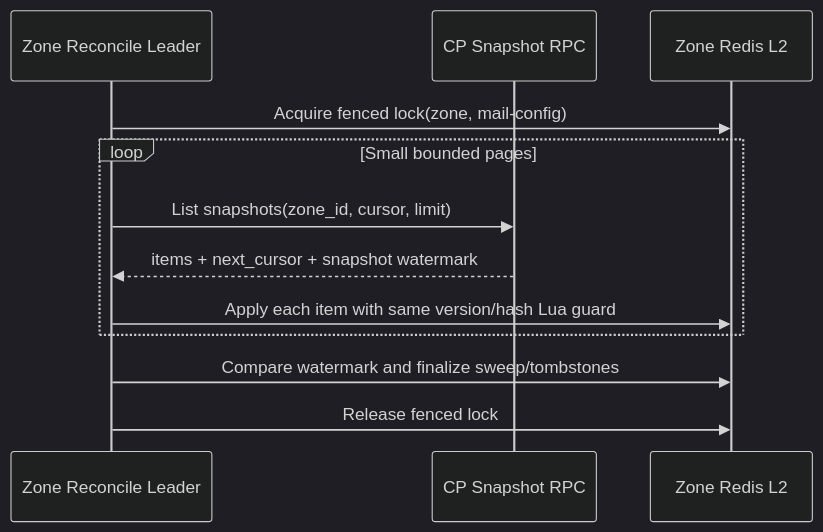
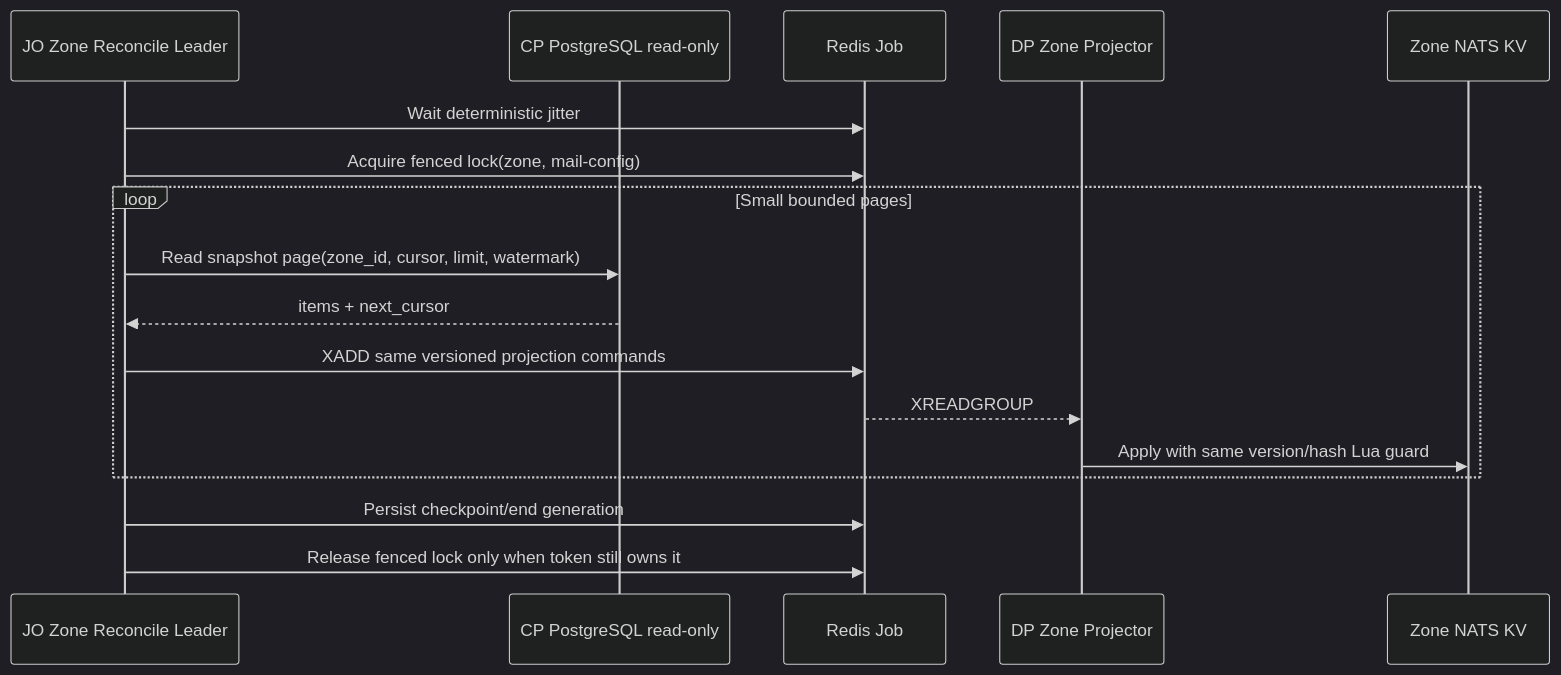
One commit to phucle996/aurora changed the third of 3 diagrams in god_view/mail/mail_configuration_projection_god_view.md. Above: the diagram before and after it, drawn with Mermaid (dark theme). The commit also changed other lines of this file and 77 other files, not shown here.

Commit message:
feat: implement mail runtime health monitoring with zone KV lease management and projection tombstones

````diff
--- a/god_view/mail/mail_configuration_projection_god_view.md
+++ b/god_view/mail/mail_configuration_projection_god_view.md
@@ -233,15 +241,20 @@
 ```mermaid
 sequenceDiagram
-    participant Leader as Zone Reconcile Leader
-    participant CP as CP Snapshot RPC
-    participant L2 as Zone Redis L2
+    participant Leader as JO Zone Reconcile Leader
+    participant DB as CP PostgreSQL read-only
+    participant RJ as Redis Job
+    participant ZP as DP Zone Projector
+    participant L2 as Zone NATS KV
 
-    Leader->>L2: Acquire fenced lock(zone, mail-config)
+    Leader->>RJ: Wait deterministic jitter
+    Leader->>RJ: Acquire fenced lock(zone, mail-config)
     loop Small bounded pages
-        Leader->>CP: List snapshots(zone_id, cursor, limit)
-        CP-->>Leader: items + next_cursor + snapshot watermark
-        Leader->>L2: Apply each item with same version/hash Lua guard
+        Leader->>DB: Read snapshot page(zone_id, cursor, limit, watermark)
+        DB-->>Leader: items + next_cursor
+        Leader->>RJ: XADD same versioned projection commands
+        RJ-->>ZP: XREADGROUP
+        ZP->>L2: Apply with same version/hash Lua guard
     end
-    Leader->>L2: Compare watermark and finalize sweep/tombstones
-    Leader->>L2: Release fenced lock
+    Leader->>RJ: Persist checkpoint/end generation
+    Leader->>RJ: Release fenced lock only when token still owns it
 ```
````
